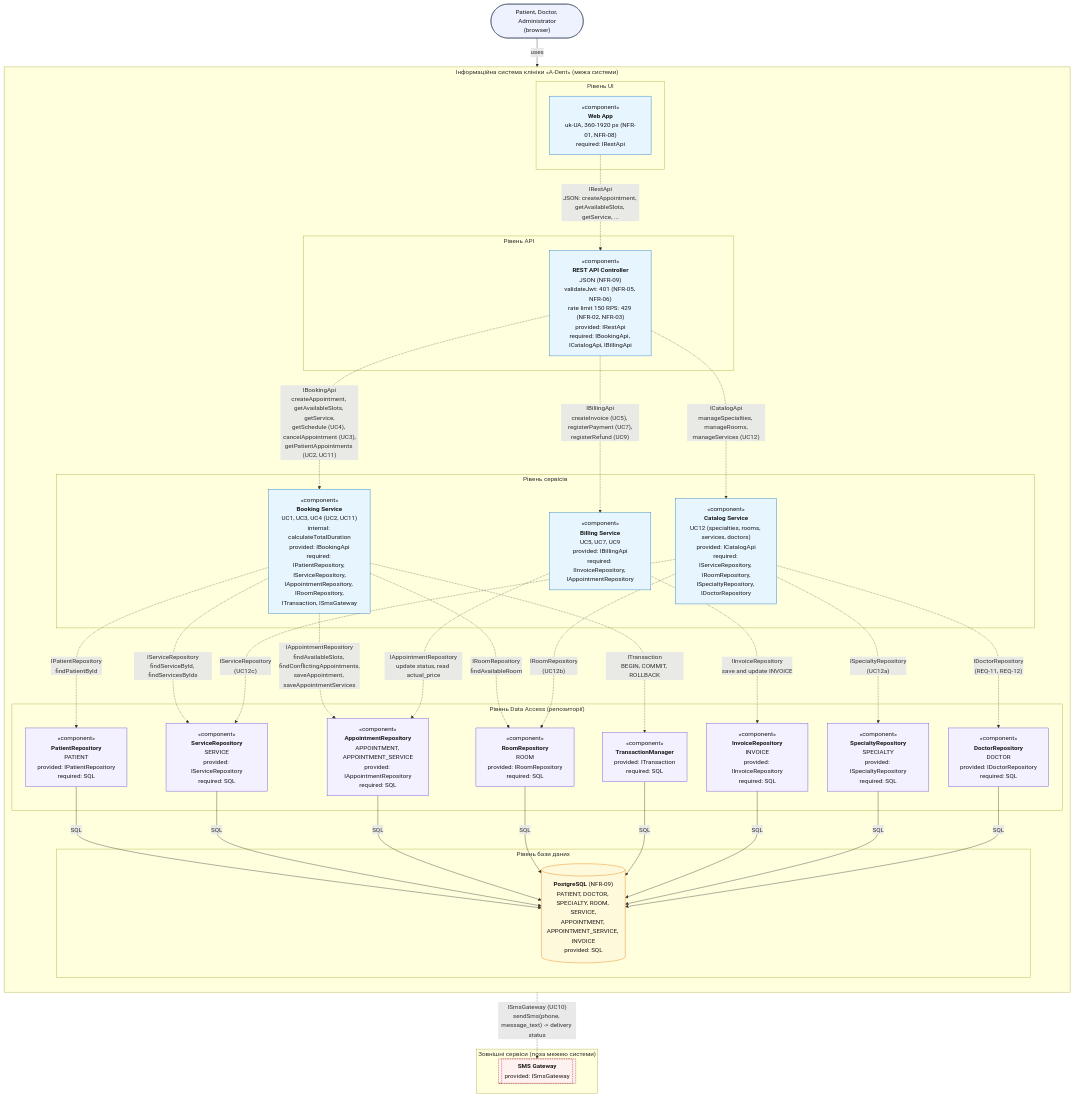
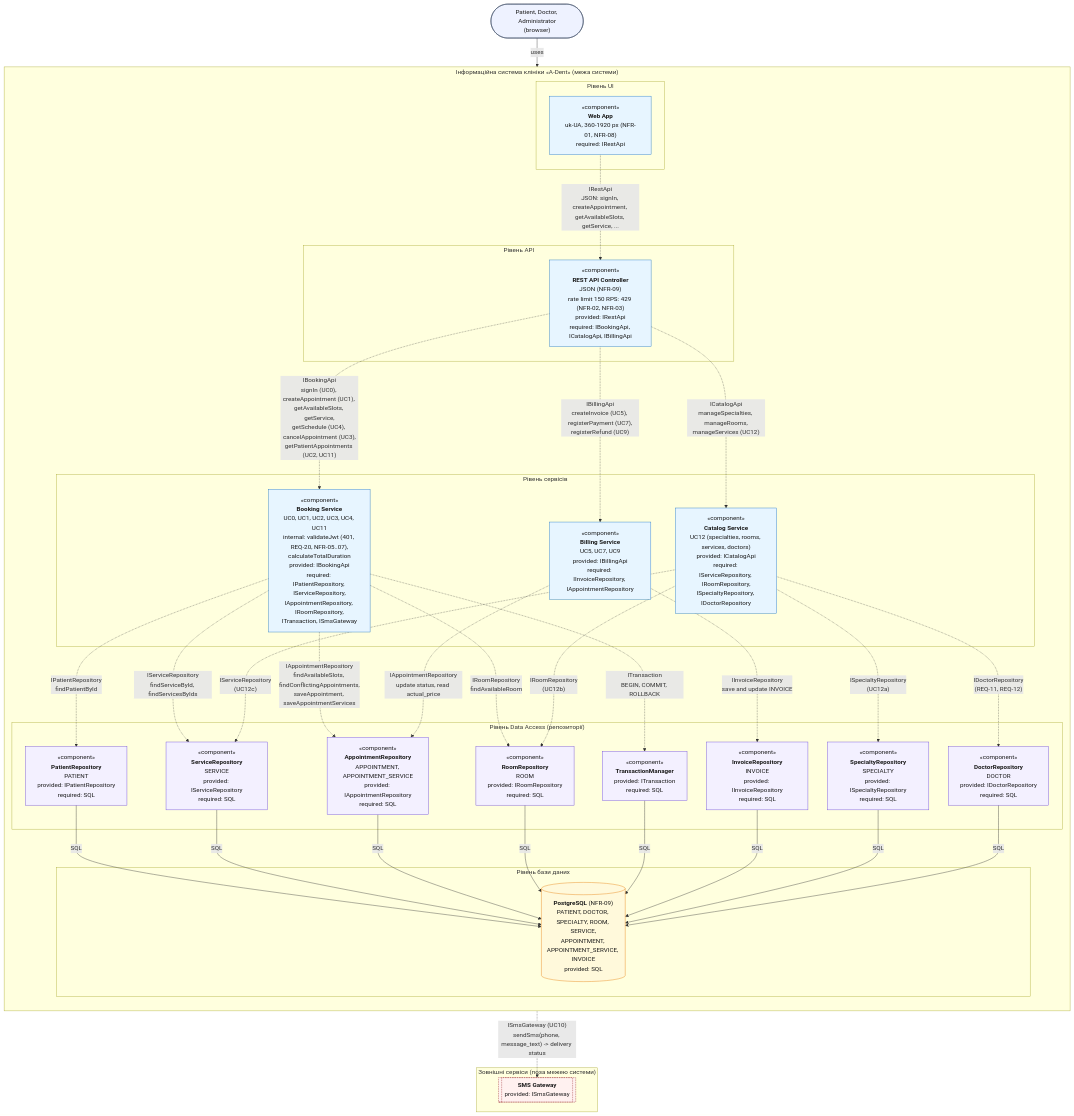
One commit to dvsqwx/KPI changed the diagram in component-diagram.mmd. Above: the diagram before and after it, drawn with Mermaid.

Commit message:
fix(component): add UC0 sign-in flow and move validateJwt to Booking Service

```diff
--- a/component-diagram.mmd
+++ b/component-diagram.mmd
@@ -1,90 +1,90 @@
 %% Component diagram — архітектура системи «A-Dent», spec.md розділ 12.
 %% Нотація (Mermaid flowchart): прямокутник «component» — компонент; межа системи — зовнішній subgraph; рівні — вкладені subgraph.
 %% У кожному компоненті вказано provided (що він надає) і required (що йому потрібно) інтерфейси.
 %% Пунктирна стрілка — залежність від required-інтерфейсу: напрямок від споживача до постачальника, підпис — інтерфейс і виклики.
 %% Назви методів і сутностей збігаються з sequence-diagram.mmd, activity-diagram.mmd, use-case-diagram.mmd та er-diagram.mmd.
 flowchart TB
 
     Users(["Patient, Doctor, Administrator<br/>(browser)"]):::actor
 
     subgraph SYS["Інформаційна система клініки «A-Dent» (межа системи)"]
         direction TB
 
         subgraph UI["Рівень UI"]
             WebApp["«component»<br/><b>Web App</b><br/>uk-UA, 360-1920 px (NFR-01, NFR-08)<br/>required: IRestApi"]:::comp
         end
 
         subgraph API["Рівень API"]
-            Controller["«component»<br/><b>REST API Controller</b><br/>JSON (NFR-09)<br/>validateJwt: 401 (NFR-05, NFR-06)<br/>rate limit 150 RPS: 429 (NFR-02, NFR-03)<br/>provided: IRestApi<br/>required: IBookingApi, ICatalogApi, IBillingApi"]:::comp
+            Controller["«component»<br/><b>REST API Controller</b><br/>JSON (NFR-09)<br/>rate limit 150 RPS: 429 (NFR-02, NFR-03)<br/>provided: IRestApi<br/>required: IBookingApi, ICatalogApi, IBillingApi"]:::comp
         end
 
         subgraph SVC["Рівень сервісів"]
-            Booking["«component»<br/><b>Booking Service</b><br/>UC1, UC3, UC4 (UC2, UC11)<br/>internal: calculateTotalDuration<br/>provided: IBookingApi<br/>required: IPatientRepository, IServiceRepository,<br/>IAppointmentRepository, IRoomRepository,<br/>ITransaction, ISmsGateway"]:::comp
+            Booking["«component»<br/><b>Booking Service</b><br/>UC0, UC1, UC2, UC3, UC4, UC11<br/>internal: validateJwt (401, REQ-20, NFR-05..07),<br/>calculateTotalDuration<br/>provided: IBookingApi<br/>required: IPatientRepository, IServiceRepository,<br/>IAppointmentRepository, IRoomRepository,<br/>ITransaction, ISmsGateway"]:::comp
             Catalog["«component»<br/><b>Catalog Service</b><br/>UC12 (specialties, rooms, services, doctors)<br/>provided: ICatalogApi<br/>required: IServiceRepository, IRoomRepository,<br/>ISpecialtyRepository, IDoctorRepository"]:::comp
             Billing["«component»<br/><b>Billing Service</b><br/>UC5, UC7, UC9<br/>provided: IBillingApi<br/>required: IInvoiceRepository, IAppointmentRepository"]:::comp
         end
 
         subgraph DA["Рівень Data Access (репозиторії)"]
             PatientRepo["«component»<br/><b>PatientRepository</b><br/>PATIENT<br/>provided: IPatientRepository<br/>required: SQL"]:::repo
             ServiceRepo["«component»<br/><b>ServiceRepository</b><br/>SERVICE<br/>provided: IServiceRepository<br/>required: SQL"]:::repo
             AppRepo["«component»<br/><b>AppointmentRepository</b><br/>APPOINTMENT, APPOINTMENT_SERVICE<br/>provided: IAppointmentRepository<br/>required: SQL"]:::repo
             RoomRepo["«component»<br/><b>RoomRepository</b><br/>ROOM<br/>provided: IRoomRepository<br/>required: SQL"]:::repo
             TxManager["«component»<br/><b>TransactionManager</b><br/>provided: ITransaction<br/>required: SQL"]:::repo
             InvoiceRepo["«component»<br/><b>InvoiceRepository</b><br/>INVOICE<br/>provided: IInvoiceRepository<br/>required: SQL"]:::repo
             SpecialtyRepo["«component»<br/><b>SpecialtyRepository</b><br/>SPECIALTY<br/>provided: ISpecialtyRepository<br/>required: SQL"]:::repo
             DoctorRepo["«component»<br/><b>DoctorRepository</b><br/>DOCTOR<br/>provided: IDoctorRepository<br/>required: SQL"]:::repo
         end
 
         subgraph DBL["Рівень бази даних"]
             DB[("<b>PostgreSQL</b> (NFR-09)<br/>PATIENT, DOCTOR, SPECIALTY, ROOM, SERVICE,<br/>APPOINTMENT, APPOINTMENT_SERVICE, INVOICE<br/>provided: SQL")]:::db
         end
     end
 
     subgraph EXT["Зовнішні сервіси (поза межею системи)"]
         SMS[["<b>SMS Gateway</b><br/>provided: ISmsGateway"]]:::ext
     end
 
     %% ===== Користувачі і UI =====
     Users -->|"uses"| WebApp
-    WebApp -.->|"IRestApi<br/>JSON: createAppointment, getAvailableSlots, getService, ..."| Controller
+    WebApp -.->|"IRestApi<br/>JSON: signIn, createAppointment, getAvailableSlots, getService, ..."| Controller
 
     %% ===== API -> сервіси =====
-    Controller -.->|"IBookingApi<br/>createAppointment, getAvailableSlots, getService,<br/>getSchedule (UC4), cancelAppointment (UC3),<br/>getPatientAppointments (UC2, UC11)"| Booking
+    Controller -.->|"IBookingApi<br/>signIn (UC0), createAppointment (UC1), getAvailableSlots, getService,<br/>getSchedule (UC4), cancelAppointment (UC3),<br/>getPatientAppointments (UC2, UC11)"| Booking
     Controller -.->|"ICatalogApi<br/>manageSpecialties, manageRooms,<br/>manageServices (UC12)"| Catalog
     Controller -.->|"IBillingApi<br/>createInvoice (UC5), registerPayment (UC7),<br/>registerRefund (UC9)"| Billing
 
     %% ===== Booking Service -> Data Access =====
     Booking -.->|"IPatientRepository<br/>findPatientById"| PatientRepo
     Booking -.->|"IServiceRepository<br/>findServiceById, findServicesByIds"| ServiceRepo
     Booking -.->|"IAppointmentRepository<br/>findAvailableSlots, findConflictingAppointments,<br/>saveAppointment, saveAppointmentServices"| AppRepo
     Booking -.->|"IRoomRepository<br/>findAvailableRoom"| RoomRepo
     Booking -.->|"ITransaction<br/>BEGIN, COMMIT, ROLLBACK"| TxManager
 
     %% ===== Catalog Service -> Data Access =====
     Catalog -.->|"IServiceRepository<br/>(UC12c)"| ServiceRepo
     Catalog -.->|"IRoomRepository<br/>(UC12b)"| RoomRepo
     Catalog -.->|"ISpecialtyRepository<br/>(UC12a)"| SpecialtyRepo
     Catalog -.->|"IDoctorRepository<br/>(REQ-11, REQ-12)"| DoctorRepo
 
     %% ===== Billing Service -> Data Access =====
     Billing -.->|"IInvoiceRepository<br/>save and update INVOICE"| InvoiceRepo
     Billing -.->|"IAppointmentRepository<br/>update status, read actual_price"| AppRepo
 
     %% ===== Data Access -> PostgreSQL =====
     PatientRepo -->|"SQL"| DB
     ServiceRepo -->|"SQL"| DB
     AppRepo -->|"SQL"| DB
     RoomRepo -->|"SQL"| DB
     TxManager -->|"SQL"| DB
     InvoiceRepo -->|"SQL"| DB
     SpecialtyRepo -->|"SQL"| DB
     DoctorRepo -->|"SQL"| DB
 
     %% ===== Зовнішній сервіс =====
     Booking -.->|"ISmsGateway (UC10)<br/>sendSms(phone, message_text) -> delivery status"| SMS
 
     classDef comp fill:#e7f5ff,stroke:#1971c2,color:#1a1a1a;
     classDef repo fill:#f3f0ff,stroke:#6741d9,color:#1a1a1a;
     classDef db fill:#fff9db,stroke:#e67700,color:#1a1a1a;
     classDef ext fill:#fff1f0,stroke:#9b2c2c,stroke-dasharray:4 2,color:#1a1a1a;
     classDef actor fill:#eef2ff,stroke:#33415c,color:#1a1a1a;
```
